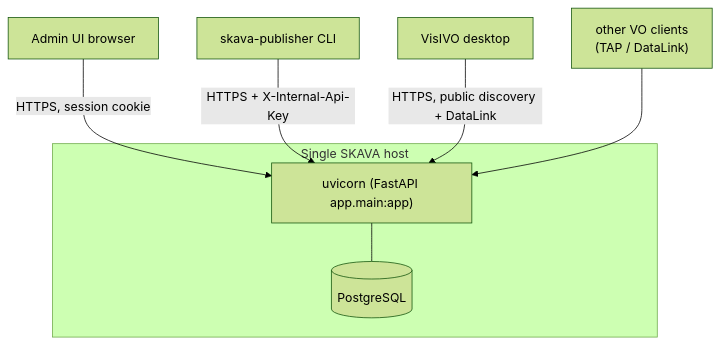
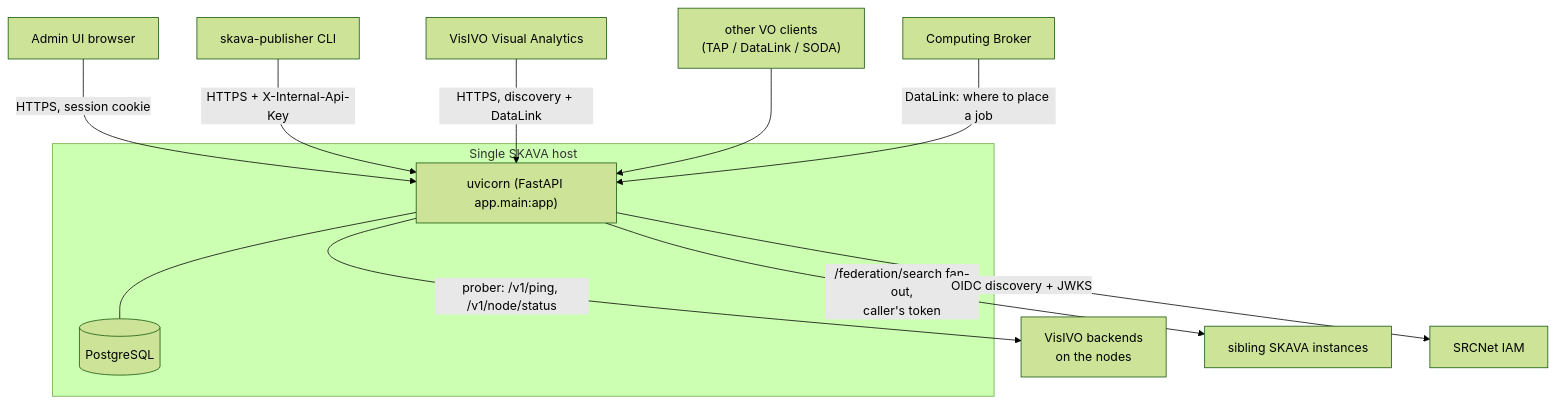
One commit to VisIVOLab/SKAVA changed the first of 3 diagrams in docs/architecture/overview.md. Above: the diagram before and after it, drawn with Mermaid (forest theme). The commit also changed other lines of this file and 95 other files, not shown here.

````diff
--- a/docs/architecture/overview.md
+++ b/docs/architecture/overview.md
@@ -11,12 +11,16 @@
 ```{mermaid}
 flowchart TB
     subgraph host["Single SKAVA host"]
         Uvicorn["uvicorn (FastAPI app.main:app)"]
         Postgres[(PostgreSQL)]
         Uvicorn --- Postgres
     end
     Browser["Admin UI browser"] -->|HTTPS, session cookie| Uvicorn
     Pubcli["skava-publisher CLI"] -->|HTTPS + X-Internal-Api-Key| Uvicorn
-    VisIVOclient["VisIVO desktop"] -->|HTTPS, public discovery + DataLink| Uvicorn
-    Other["other VO clients<br/>(TAP / DataLink)"] --> Uvicorn
+    VisIVOclient["VisIVO Visual Analytics"] -->|HTTPS, discovery + DataLink| Uvicorn
+    Other["other VO clients<br/>(TAP / DataLink / SODA)"] --> Uvicorn
+    Broker["Computing Broker"] -->|DataLink: where to place a job| Uvicorn
+    Uvicorn -->|"prober: /v1/ping, /v1/node/status"| Backends["VisIVO backends<br/>on the nodes"]
+    Uvicorn -->|"/federation/search fan-out,<br/>caller's token"| Siblings["sibling SKAVA instances"]
+    Uvicorn -->|"OIDC discovery + JWKS"| IAM["SRCNet IAM"]
 ```
````
